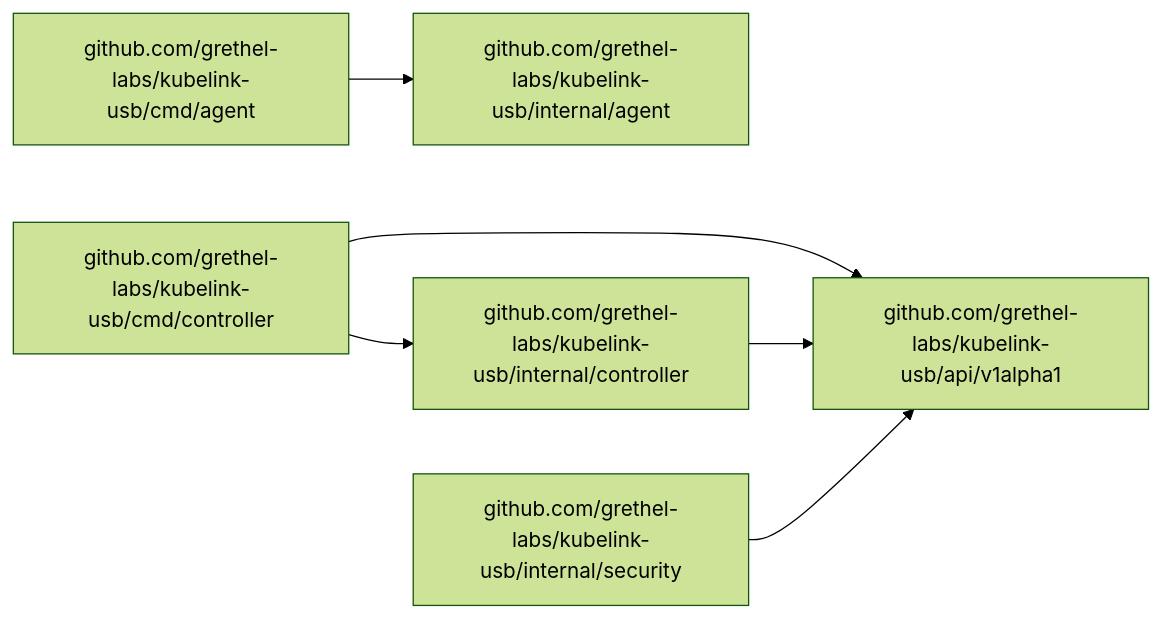
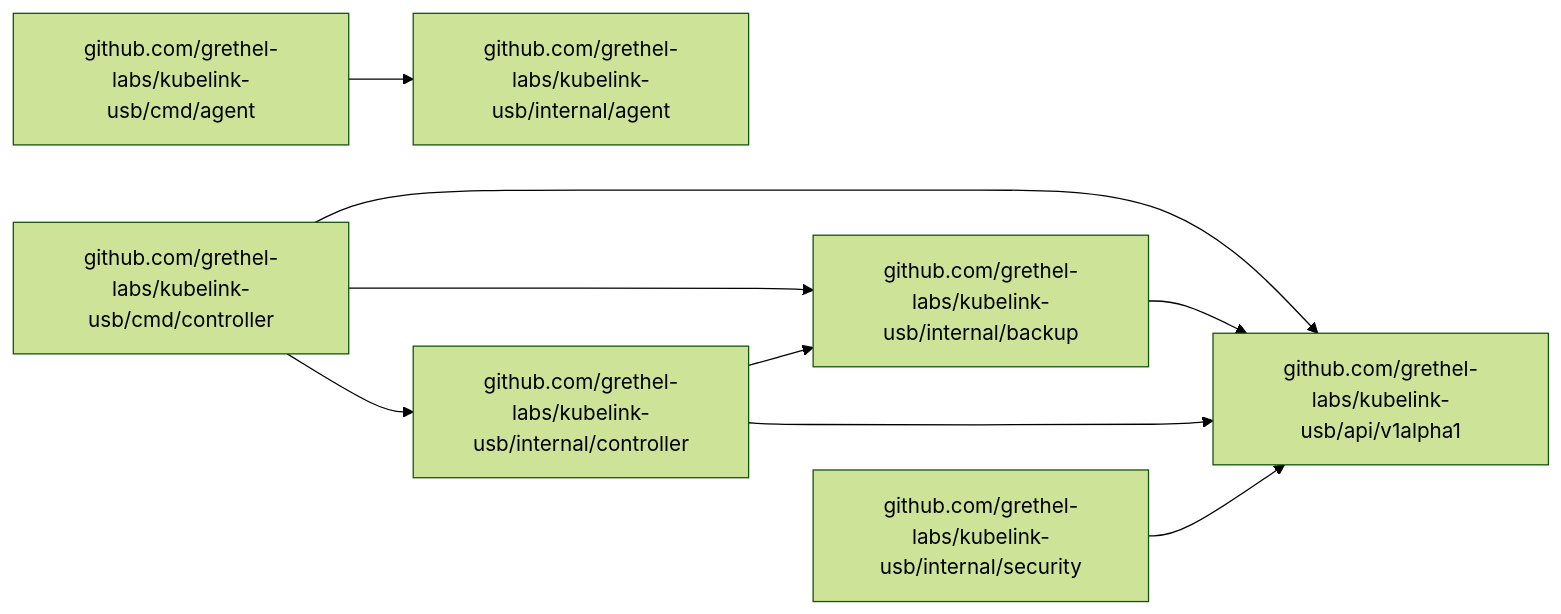
The first of 3 diagrams in docs/CODE_REFERENCE.md (grethel-labs/kubelink-usb), drawn with Mermaid (forest theme) before and after one commit. The commit also changed other lines of this file, not shown here.

Commit message:
Fix CI: regenerate docs with new backup package
Agent-Logs-Url: https://github.com/grethel-labs/kubelink-usb/sessions/2fc8d787-4bd4-4bd6-91cd-1125d284f82f

````diff
--- a/docs/CODE_REFERENCE.md
+++ b/docs/CODE_REFERENCE.md
@@ -33,8 +34,11 @@
 ```mermaid
 flowchart LR
     github_com_grethel_labs_kubelink_usb_cmd_agent["github.com/grethel-labs/kubelink-usb/cmd/agent"] --> github_com_grethel_labs_kubelink_usb_internal_agent["github.com/grethel-labs/kubelink-usb/internal/agent"]
     github_com_grethel_labs_kubelink_usb_cmd_controller["github.com/grethel-labs/kubelink-usb/cmd/controller"] --> github_com_grethel_labs_kubelink_usb_api_v1alpha1["github.com/grethel-labs/kubelink-usb/api/v1alpha1"]
+    github_com_grethel_labs_kubelink_usb_cmd_controller["github.com/grethel-labs/kubelink-usb/cmd/controller"] --> github_com_grethel_labs_kubelink_usb_internal_backup["github.com/grethel-labs/kubelink-usb/internal/backup"]
     github_com_grethel_labs_kubelink_usb_cmd_controller["github.com/grethel-labs/kubelink-usb/cmd/controller"] --> github_com_grethel_labs_kubelink_usb_internal_controller["github.com/grethel-labs/kubelink-usb/internal/controller"]
+    github_com_grethel_labs_kubelink_usb_internal_backup["github.com/grethel-labs/kubelink-usb/internal/backup"] --> github_com_grethel_labs_kubelink_usb_api_v1alpha1["github.com/grethel-labs/kubelink-usb/api/v1alpha1"]
     github_com_grethel_labs_kubelink_usb_internal_controller["github.com/grethel-labs/kubelink-usb/internal/controller"] --> github_com_grethel_labs_kubelink_usb_api_v1alpha1["github.com/grethel-labs/kubelink-usb/api/v1alpha1"]
+    github_com_grethel_labs_kubelink_usb_internal_controller["github.com/grethel-labs/kubelink-usb/internal/controller"] --> github_com_grethel_labs_kubelink_usb_internal_backup["github.com/grethel-labs/kubelink-usb/internal/backup"]
     github_com_grethel_labs_kubelink_usb_internal_security["github.com/grethel-labs/kubelink-usb/internal/security"] --> github_com_grethel_labs_kubelink_usb_api_v1alpha1["github.com/grethel-labs/kubelink-usb/api/v1alpha1"]
 ```
````
